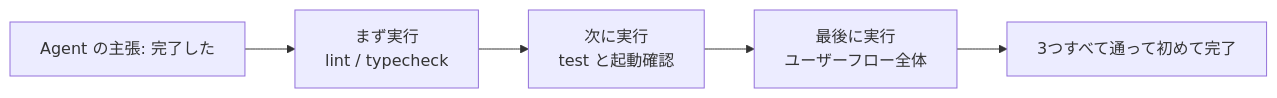
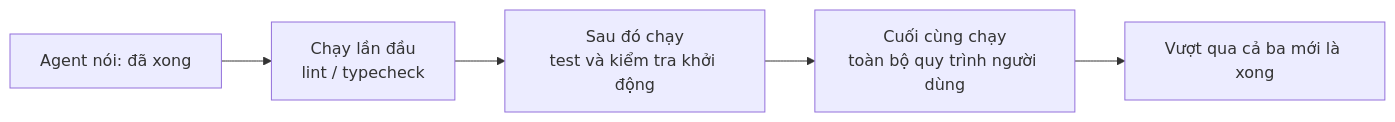
One commit to mkusaka/learn-harness-engineering changed the first of 2 diagrams in docs/vi/lectures/lecture-09-why-agents-declare-victory-too-early/index.md. Above: the diagram before and after it, drawn with Mermaid. The commit also changed other lines of this file and 684 other files, not shown here.

````diff
--- a/docs/vi/lectures/lecture-09-why-agents-declare-victory-too-early/index.md
+++ b/docs/vi/lectures/lecture-09-why-agents-declare-victory-too-early/index.md
@@ -22,7 +22,7 @@
 ```mermaid
 flowchart LR
-    Claim["Agent の主張: 完了した"] --> L1["まず実行<br/>lint / typecheck"]
-    L1 --> L2["次に実行<br/>test と起動確認"]
-    L2 --> L3["最後に実行<br/>ユーザーフロー全体"]
-    L3 --> Done["3つすべて通って初めて完了"]
+    Claim["Agent nói: đã xong"] --> L1["Chạy lần đầu<br/>lint / typecheck"]
+    L1 --> L2["Sau đó chạy<br/>test và kiểm tra khởi động"]
+    L2 --> L3["Cuối cùng chạy<br/>toàn bộ quy trình người dùng"]
+    L3 --> Done["Vượt qua cả ba mới là xong"]
 ```
````
